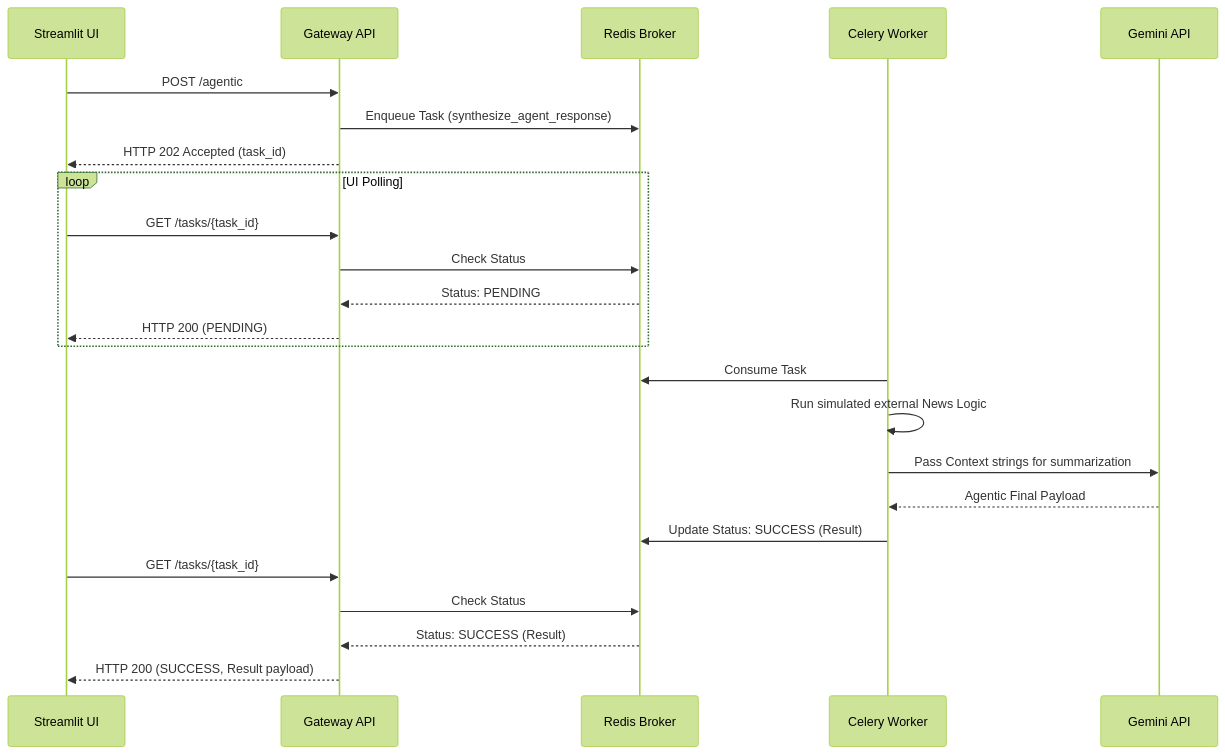
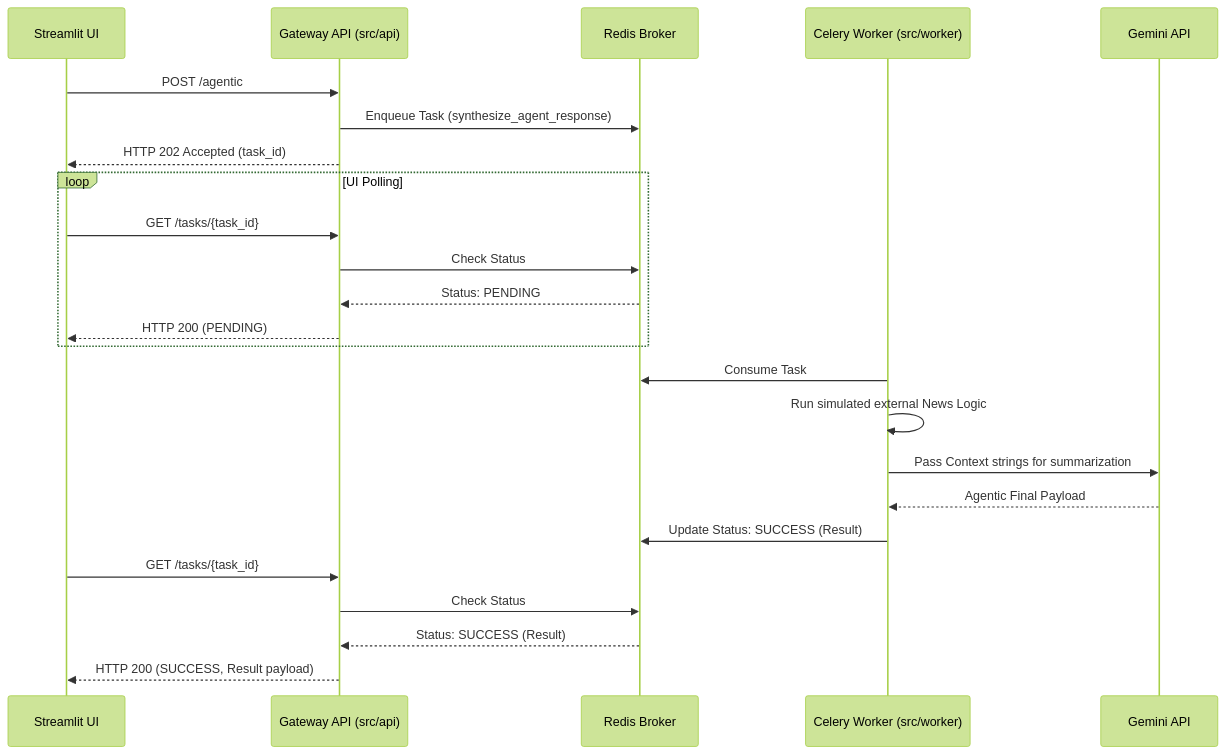
The third of 3 diagrams in docs/architecture.md (suryaavala/scaling-succotash), drawn with Mermaid (forest theme) before and after one commit. The commit also changed other lines of this file and 3 other files, not shown here.

First line of the commit message:
Fix: Apply remaining V4 mapping constraints (Pythonpath, Docs, Diagram) (#18)

````diff
--- a/docs/architecture.md
+++ b/docs/architecture.md
@@ -85,30 +103,30 @@
 ```mermaid
 sequenceDiagram
     participant UI as Streamlit UI
-    participant Gateway as Gateway API
+    participant Gateway as Gateway API (src/api)
     participant Redis as Redis Broker
-    participant Celery as Celery Worker
+    participant Celery as Celery Worker (src/worker)
     participant LLM as Gemini API
 
     UI->>Gateway: POST /agentic
     Gateway->>Redis: Enqueue Task (synthesize_agent_response)
     Gateway-->>UI: HTTP 202 Accepted (task_id)
     
     loop UI Polling
         UI->>Gateway: GET /tasks/{task_id}
         Gateway->>Redis: Check Status
         Redis-->>Gateway: Status: PENDING
         Gateway-->>UI: HTTP 200 (PENDING)
     end
     
     Celery->>Redis: Consume Task
     Celery->>Celery: Run simulated external News Logic
     Celery->>LLM: Pass Context strings for summarization
     LLM-->>Celery: Agentic Final Payload
     Celery->>Redis: Update Status: SUCCESS (Result)
     
     UI->>Gateway: GET /tasks/{task_id}
     Gateway->>Redis: Check Status
     Redis-->>Gateway: Status: SUCCESS (Result)
     Gateway-->>UI: HTTP 200 (SUCCESS, Result payload)
 ```
````
